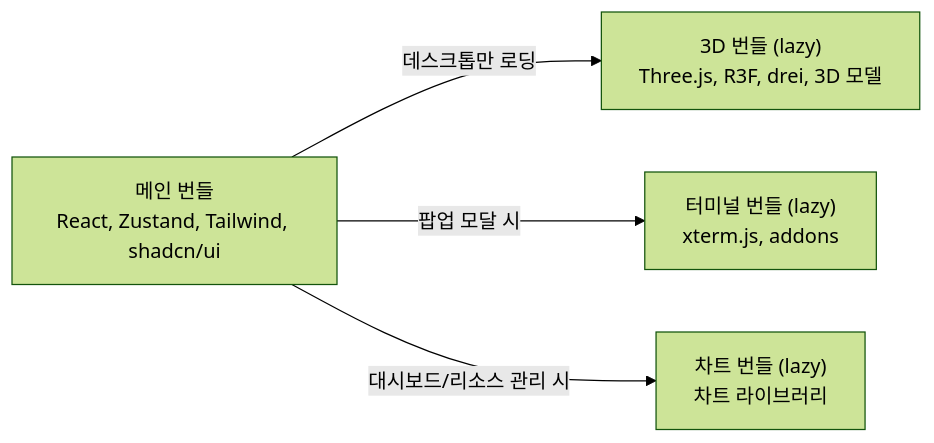
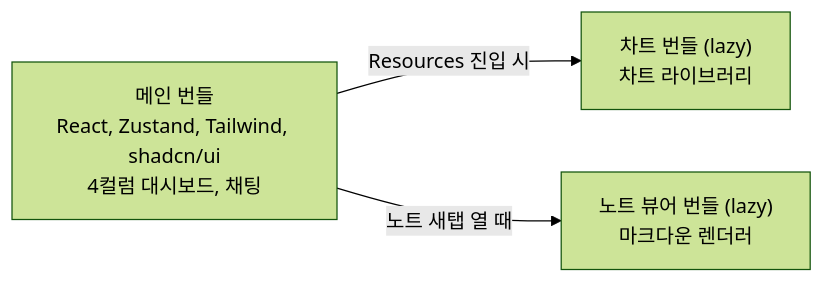
The fourth of 7 diagrams in 03_design/🏗️ architecture.md (Jeonyunjae/ClaudeManager), drawn with Mermaid (forest theme) before and after one commit. The commit also changed other lines of this file and 221 other files, not shown here.

````diff
--- a/03_design/🏗️ architecture.md
+++ b/03_design/🏗️ architecture.md
@@ -516,12 +524,10 @@
 ```mermaid
 flowchart LR
-    MAIN_BUNDLE["메인 번들<br>React, Zustand, Tailwind, shadcn/ui"]
+    MAIN_BUNDLE["메인 번들<br>React, Zustand, Tailwind, shadcn/ui<br>4컬럼 대시보드, 채팅"]
     
-    THREE_BUNDLE["3D 번들 (lazy)<br>Three.js, R3F, drei, 3D 모델"]
-    XTERM_BUNDLE["터미널 번들 (lazy)<br>xterm.js, addons"]
     CHART_BUNDLE["차트 번들 (lazy)<br>차트 라이브러리"]
+    NOTE_BUNDLE["노트 뷰어 번들 (lazy)<br>마크다운 렌더러"]
     
-    MAIN_BUNDLE -->|데스크톱만 로딩| THREE_BUNDLE
-    MAIN_BUNDLE -->|팝업 모달 시| XTERM_BUNDLE
-    MAIN_BUNDLE -->|대시보드/리소스 관리 시| CHART_BUNDLE
+    MAIN_BUNDLE -->|Resources 진입 시| CHART_BUNDLE
+    MAIN_BUNDLE -->|노트 새탭 열 때| NOTE_BUNDLE
 ```
````
